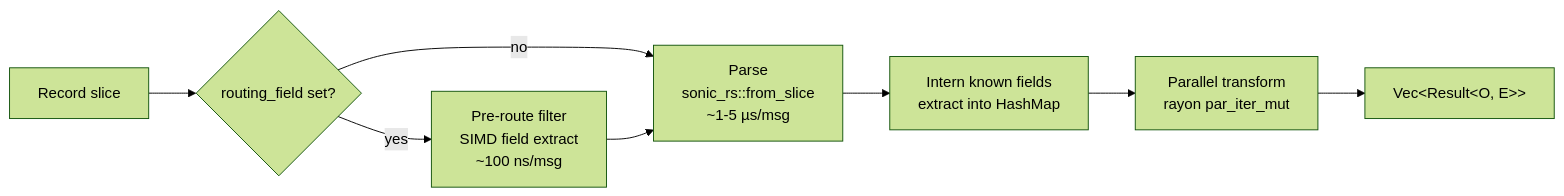
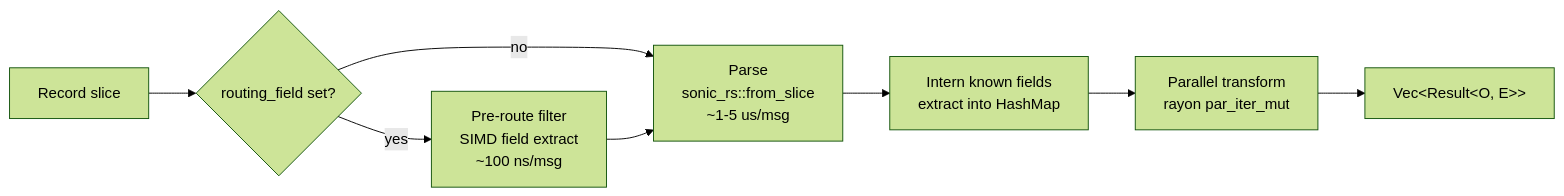
Before and after one commit to hyperi-io/scalo-rs: the diagram in docs/pipeline/batch-engine.md, drawn with Mermaid (forest theme). The commit also changed other lines of this file and 30 other files, not shown here.

````diff
--- a/docs/pipeline/batch-engine.md
+++ b/docs/pipeline/batch-engine.md
@@ -29,10 +29,10 @@
 ```mermaid
 flowchart LR
     R[Record slice] --> C{routing_field set?}
     C -->|yes| F[Pre-route filter<br/>SIMD field extract<br/>~100 ns/msg]
     C -->|no| P
-    F --> P[Parse<br/>sonic_rs::from_slice<br/>~1-5 µs/msg]
+    F --> P[Parse<br/>sonic_rs::from_slice<br/>~1-5 us/msg]
     P --> I[Intern known fields<br/>extract into HashMap]
     I --> T[Parallel transform<br/>rayon par_iter_mut]
     T --> O[Vec&lt;Result&lt;O, E&gt;&gt;]
 ```
````
